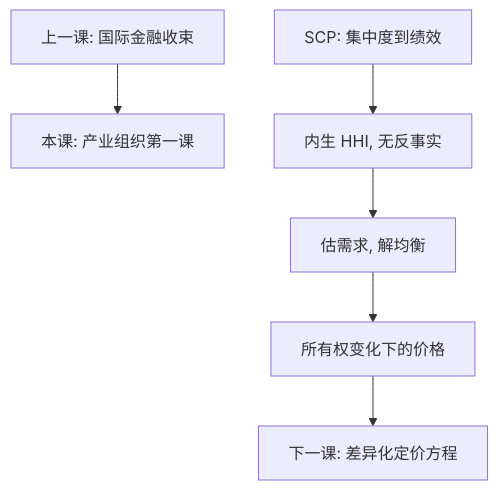
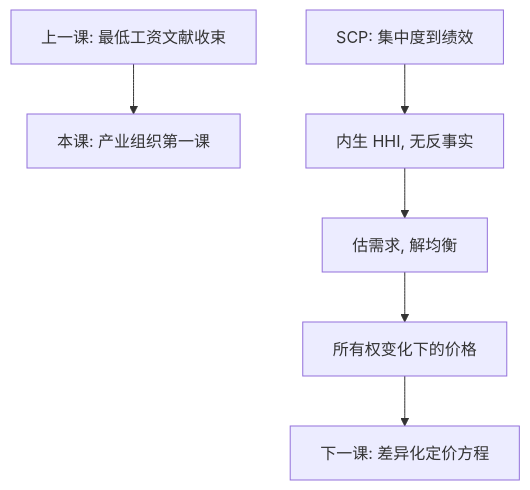
The first of 2 diagrams in docs/econ/scp-neio.md (xhongduo-tech/xhongduo-tech.github.io), drawn with Mermaid before and after one commit. The commit also changed 3 other files, not shown here.

Commit message:
Content review econ-184: shutdown-rule example avoids the loss-making stretch in entry-exit-sunk, and stale course-order pointers repointed across the industrial-organization unit including both mermaid labels.

````diff
--- a/docs/econ/scp-neio.md
+++ b/docs/econ/scp-neio.md
@@ -32,8 +32,8 @@
 ```mermaid
 flowchart TD
-  FIN["上一课: 国际金融收束"] --> IO["本课: 产业组织第一课"]
+  FIN["上一课: 最低工资文献收束"] --> IO["本课: 产业组织第一课"]
   SCP["SCP: 集中度到绩效"] --> GAP["内生 HHI, 无反事实"]
   GAP --> NEIO["估需求, 解均衡"]
   NEIO --> CF["所有权变化下的价格"]
   CF --> NEXT["下一课: 差异化定价方程"]
 ```
````
